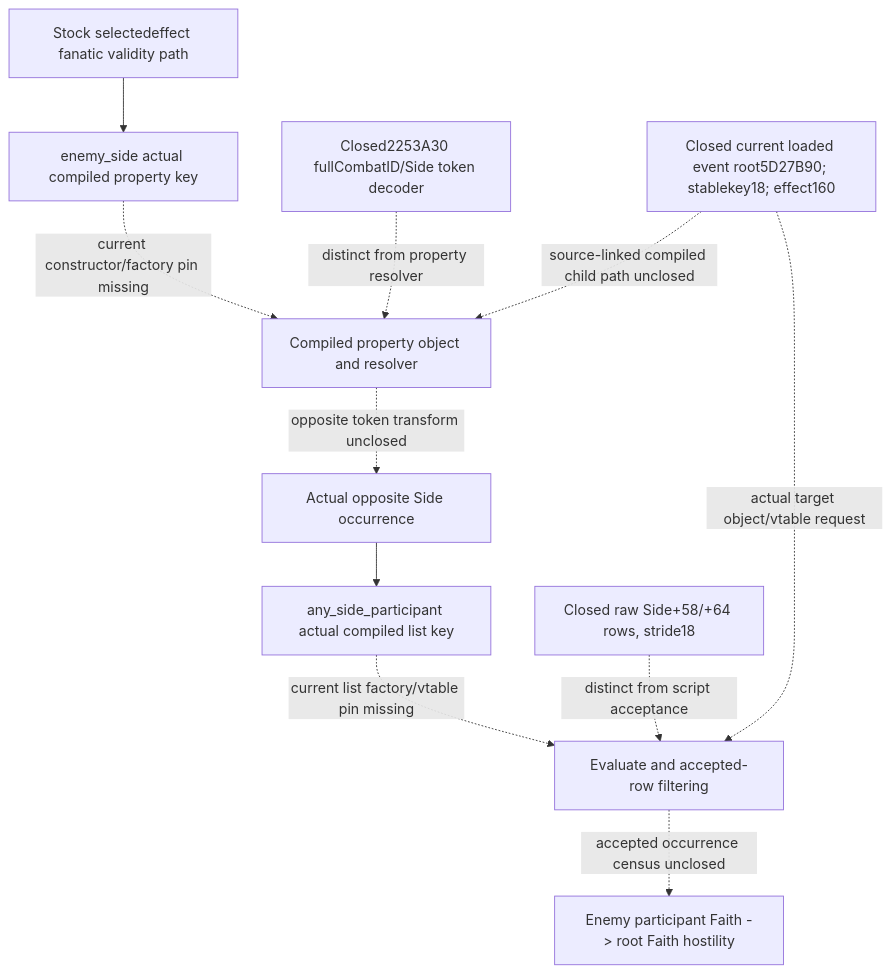
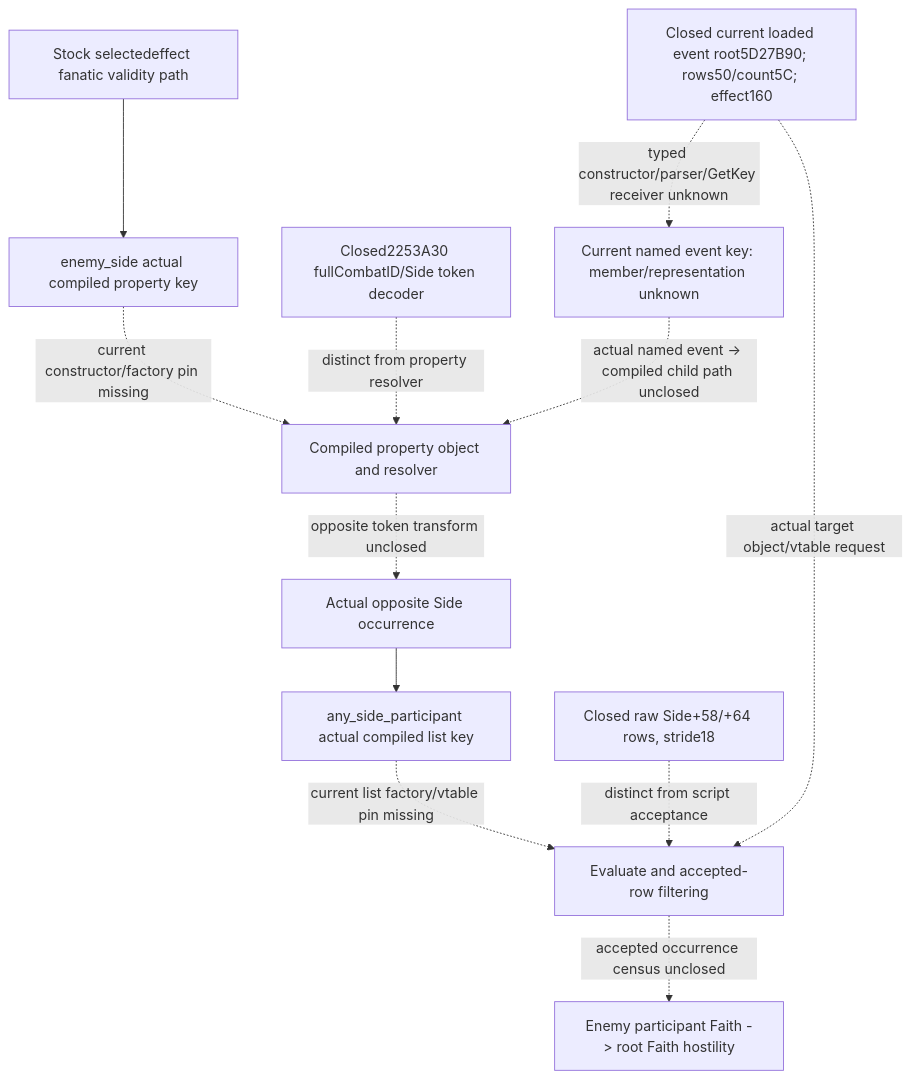
The diagram in docs/ck3-native-ai/phase-compiled-enemy-list-registration-frontier-12003.md (XenoAmess/ck3_eternal_recurrence), drawn with Mermaid before and after one commit. The commit also changed other lines of this file, not shown here.

Commit message:
Correct current phase-event key evidence and retain its typed frontier

````diff
--- a/docs/ck3-native-ai/phase-compiled-enemy-list-registration-frontier-12003.md
+++ b/docs/ck3-native-ai/phase-compiled-enemy-list-registration-frontier-12003.md
@@ -29,13 +29,14 @@
 ```mermaid
 flowchart TD
   A["Stock selectedeffect fanatic validity path"] --> K["enemy_side actual compiled property key"]
   K -. "current constructor/factory pin missing" .-> F["Compiled property object and resolver"]
   F -. "opposite token transform unclosed" .-> O["Actual opposite Side occurrence"]
   O --> P["any_side_participant actual compiled list key"]
   P -. "current list factory/vtable pin missing" .-> L["Evaluate and accepted-row filtering"]
   L -. "accepted occurrence census unclosed" .-> H["Enemy participant Faith -> root Faith hostility"]
   D["Closed2253A30 fullCombatID/Side token decoder"] -. "distinct from property resolver" .-> F
   R["Closed raw Side+58/+64 rows, stride18"] -. "distinct from script acceptance" .-> L
-  Q["Closed current loaded event root5D27B90; stablekey18; effect160"] -. "source-linked compiled child path unclosed" .-> F
+  Q["Closed current loaded event root5D27B90; rows50/count5C; effect160"] -. "typed constructor/parser/GetKey receiver unknown" .-> E["Current named event key: member/representation unknown"]
+  E -. "actual named event -> compiled child path unclosed" .-> F
   Q -. "actual target object/vtable request" .-> L
 ```
````
